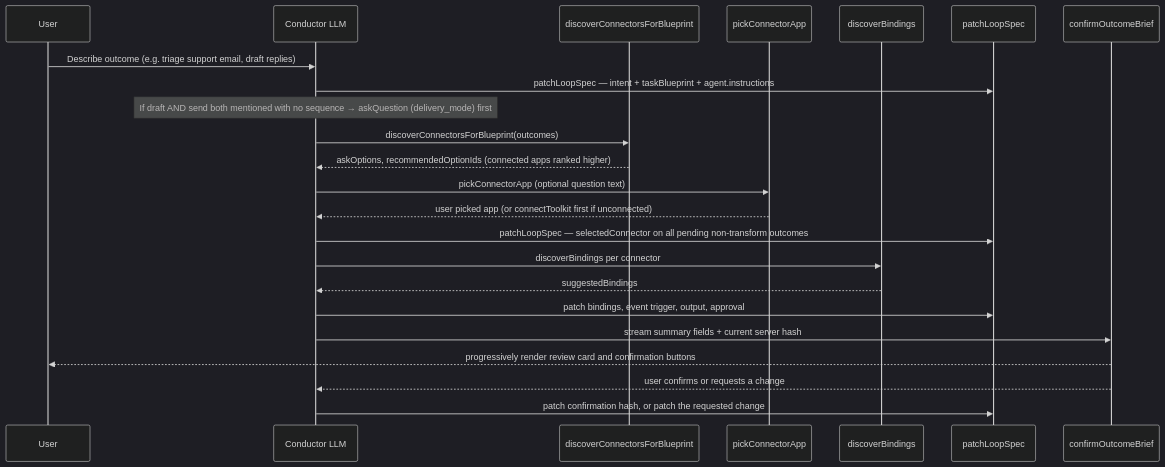
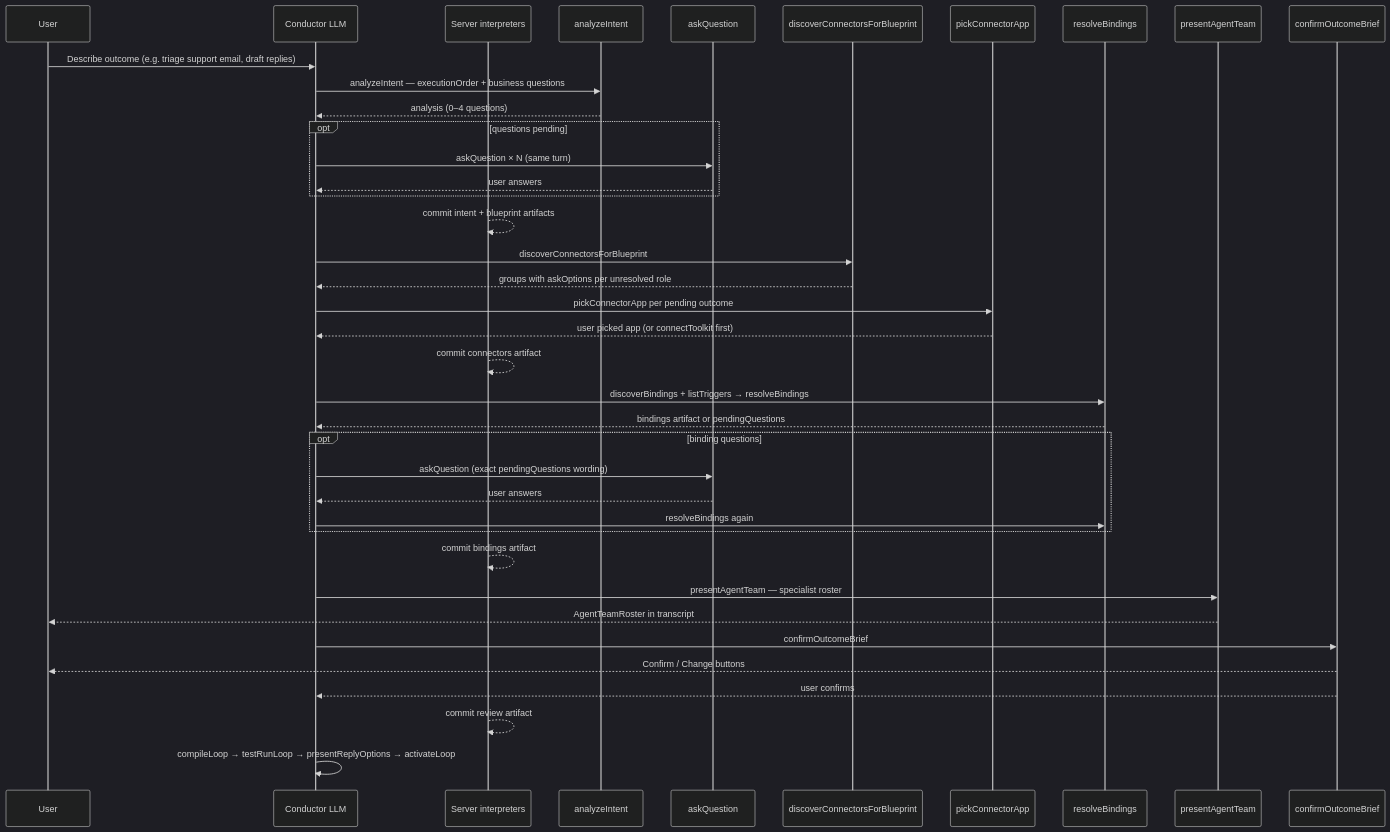
Before and after one commit to Dinuda/tallei-ai: the third of 4 diagrams in docs/conductor.md, drawn with Mermaid (dark theme). The commit also changed other lines of this file and 48 other files, not shown here.

````diff
--- a/docs/conductor.md
+++ b/docs/conductor.md
@@ -160,30 +239,46 @@
 ```mermaid
 sequenceDiagram
   participant U as User
   participant C as Conductor LLM
+  participant S as Server interpreters
+  participant A as analyzeIntent
+  participant Q as askQuestion
   participant D as discoverConnectorsForBlueprint
   participant P as pickConnectorApp
-  participant B as discoverBindings
-  participant S as patchLoopSpec
-  participant Q as confirmOutcomeBrief
+  participant B as resolveBindings
+  participant T as presentAgentTeam
+  participant F as confirmOutcomeBrief
 
   U->>C: Describe outcome (e.g. triage support email, draft replies)
-  C->>S: patchLoopSpec — intent + taskBlueprint + agent.instructions
-  Note over C: If draft AND send both mentioned with no sequence → askQuestion (delivery_mode) first
+  C->>A: analyzeIntent — executionOrder + business questions
+  A-->>C: analysis (0–4 questions)
+  opt questions pending
+    C->>Q: askQuestion × N (same turn)
+    Q-->>C: user answers
+  end
+  S-->>S: commit intent + blueprint artifacts
 
-  C->>D: discoverConnectorsForBlueprint(outcomes)
-  D-->>C: askOptions, recommendedOptionIds (connected apps ranked higher)
+  C->>D: discoverConnectorsForBlueprint
+  D-->>C: groups with askOptions per unresolved role
+  C->>P: pickConnectorApp per pending outcome
+  P-->>C: user picked app (or connectToolkit first)
+  S-->>S: commit connectors artifact
 
-  C->>P: pickConnectorApp (optional question text)
-  P-->>C: user picked app (or connectToolkit first if unconnected)
-  C->>S: patchLoopSpec — selectedConnector on all pending non-transform outcomes
+  C->>B: discoverBindings + listTriggers → resolveBindings
+  B-->>C: bindings artifact or pendingQuestions
+  opt binding questions
+    C->>Q: askQuestion (exact pendingQuestions wording)
+    Q-->>C: user answers
+    C->>B: resolveBindings again
+  end
+  S-->>S: commit bindings artifact
 
-  C->>B: discoverBindings per connector
-  B-->>C: suggestedBindings
-  C->>S: patch bindings, event trigger, output, approval
+  C->>T: presentAgentTeam — specialist roster
+  T-->>U: AgentTeamRoster in transcript
+  C->>F: confirmOutcomeBrief
+  F-->>U: Confirm / Change buttons
+  F-->>C: user confirms
+  S-->>S: commit review artifact
 
-  C->>Q: stream summary fields + current server hash
-  Q-->>U: progressively render review card and confirmation buttons
-  Q-->>C: user confirms or requests a change
-  C->>S: patch confirmation hash, or patch the requested change
+  C->>C: compileLoop → testRunLoop → presentReplyOptions → activateLoop
 ```
````
